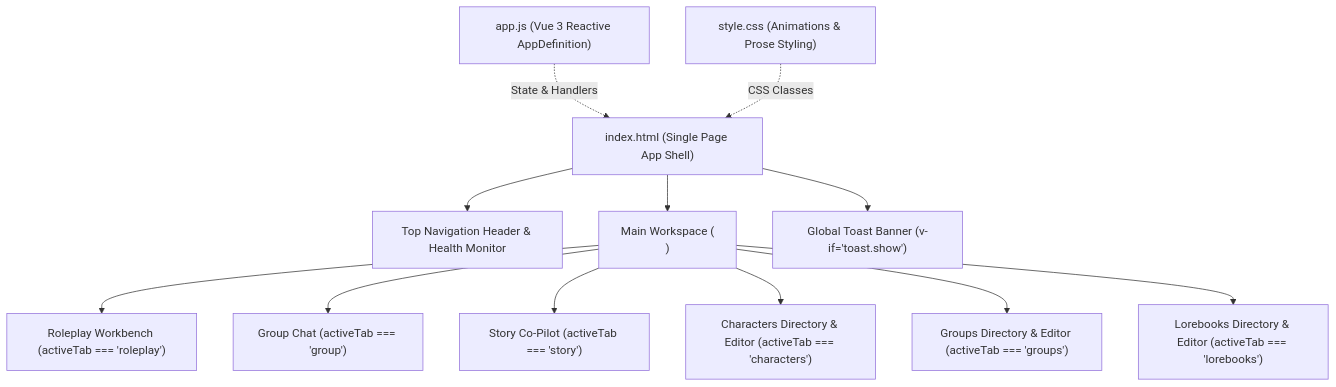
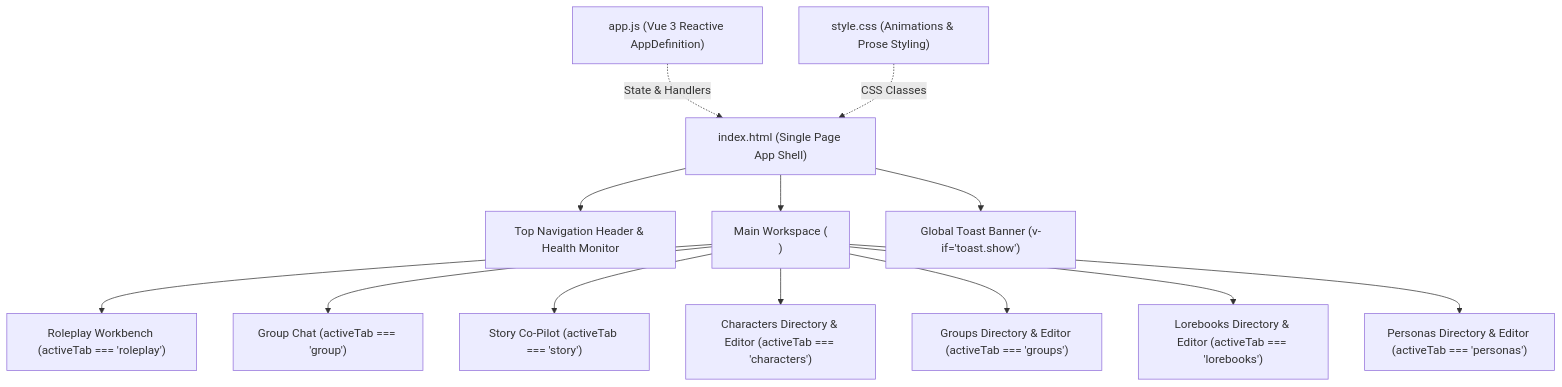
Before and after one commit to tangcc35/slm-vlm-post-training: the first of 3 diagrams in .agents/skills/story-rp-frontend/references/ui-components-and-modes.md, drawn with Mermaid. The commit also changed other lines of this file and 4 other files, not shown here.

Commit message:
add personas tab

````diff
--- a/.agents/skills/story-rp-frontend/references/ui-components-and-modes.md
+++ b/.agents/skills/story-rp-frontend/references/ui-components-and-modes.md
@@ -17,14 +17,15 @@
 ```mermaid
 flowchart TD
     Index["index.html (Single Page App Shell)"] --> Header["Top Navigation Header & Health Monitor"]
     Index --> Main["Main Workspace (<main class='flex-1 relative'>)"]
     Main --> Tab1["Roleplay Workbench (activeTab === 'roleplay')"]
     Main --> TabGroup["Group Chat (activeTab === 'group')"]
     Main --> Tab2["Story Co-Pilot (activeTab === 'story')"]
     Main --> Tab3["Characters Directory & Editor (activeTab === 'characters')"]
     Main --> TabGroups["Groups Directory & Editor (activeTab === 'groups')"]
     Main --> Tab4["Lorebooks Directory & Editor (activeTab === 'lorebooks')"]
+    Main --> TabPersonas["Personas Directory & Editor (activeTab === 'personas')"]
     Index --> Toast["Global Toast Banner (v-if='toast.show')"]
     AppJS["app.js (Vue 3 Reactive AppDefinition)"] -.->|State & Handlers| Index
     StyleCSS["style.css (Animations & Prose Styling)"] -.->|CSS Classes| Index
 ```
````
